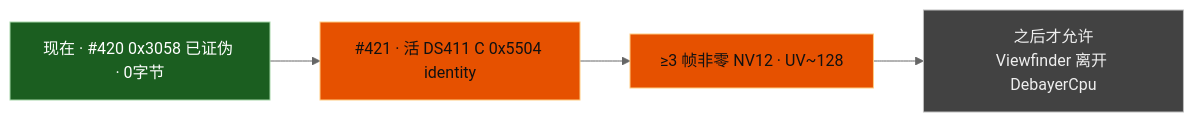
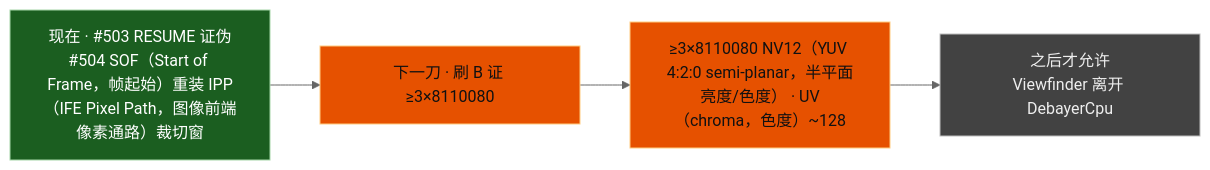
The first of 5 diagrams in linux-mainline/docs/dagu-ife-front-pipeline-status.md (Huabin1010/dagu-mainline-linux), drawn with Mermaid (neutral theme) before and after one commit. The commit also changed other lines of this file and 210 other files, not shown here.

````diff
--- a/linux-mainline/docs/dagu-ife-front-pipeline-status.md
+++ b/linux-mainline/docs/dagu-ife-front-pipeline-status.md
@@ -80,17 +192,17 @@
 ```mermaid
 flowchart LR
-  NOW["现在 · #420 0x3058 已证伪 · 0字节"]
-  CUT["#421 · 活 DS411 C 0x5504 identity"]
-  GOAL["≥3 帧非零 NV12 · UV~128"]
+  NOW["现在 · #503 RESUME 证伪<br/>#504 SOF（Start of Frame，帧起始）重装 IPP（IFE Pixel Path，图像前端像素通路）裁切窗"]
+  CUT["下一刀 · 刷 B 证 ≥3×8110080"]
+  GOAL["≥3×8110080 NV12（YUV 4:2:0 semi-planar，半平面亮度/色度） · UV（chroma，色度）~128"]
   LATER["之后才允许<br/>Viewfinder 离开 DebayerCpu"]
   NOW --> CUT --> GOAL --> LATER
 
   class NOW ok
   class CUT gap
   class GOAL gap
   class LATER later
 
   classDef ok fill:#1b5e20,stroke:#a5d6a7,color:#fff
   classDef gap fill:#e65100,stroke:#ffcc80,color:#111
   classDef later fill:#424242,stroke:#bdbdbd,color:#eee
 ```
````
